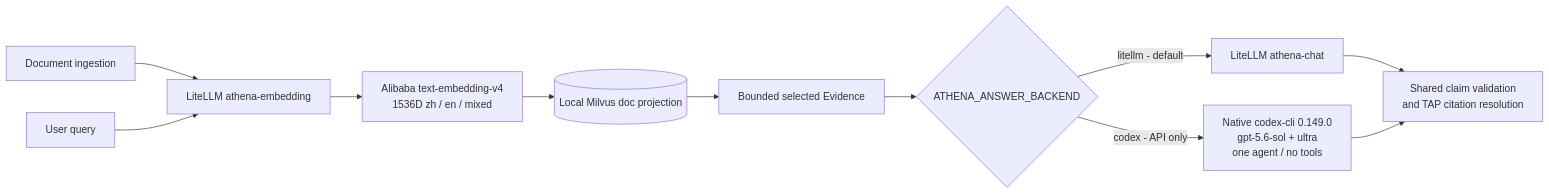
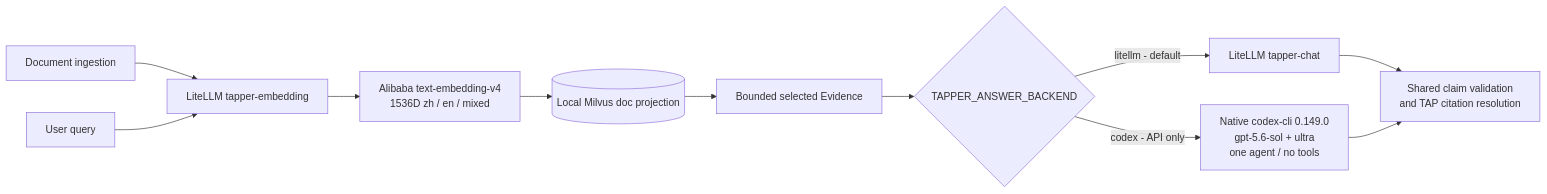
Before and after one commit to patrickstarpty/tap: the seventh of 13 diagrams in docs/architecture/2026-08-20-overview.md, drawn with Mermaid. The commit also changed other lines of this file and 53 other files, not shown here.

````diff
--- a/docs/architecture/2026-08-20-overview.md
+++ b/docs/architecture/2026-08-20-overview.md
@@ -515,13 +515,13 @@
 ```mermaid
 flowchart LR
-    D[Document ingestion] --> E[LiteLLM athena-embedding]
+    D[Document ingestion] --> E[LiteLLM tapper-embedding]
     Q[User query] --> E
     E --> A[Alibaba text-embedding-v4<br/>1536D zh / en / mixed]
     A --> M[(Local Milvus doc projection)]
     M --> V[Bounded selected Evidence]
-    V --> B{ATHENA_ANSWER_BACKEND}
-    B -->|litellm - default| L[LiteLLM athena-chat]
+    V --> B{TAPPER_ANSWER_BACKEND}
+    B -->|litellm - default| L[LiteLLM tapper-chat]
     B -->|codex - API only| C[Native codex-cli 0.149.0<br/>gpt-5.6-sol + ultra<br/>one agent / no tools]
     L --> G[Shared claim validation<br/>and TAP citation resolution]
     C --> G
 ```
````
